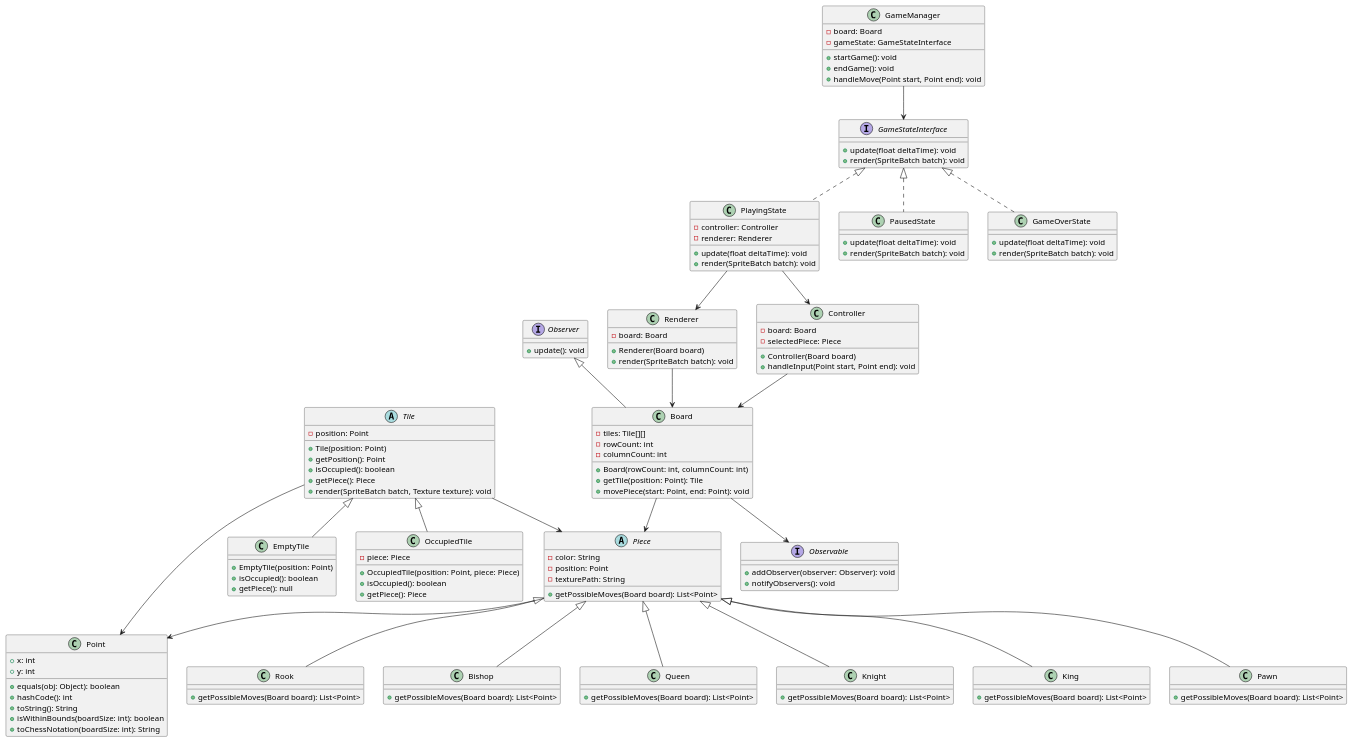
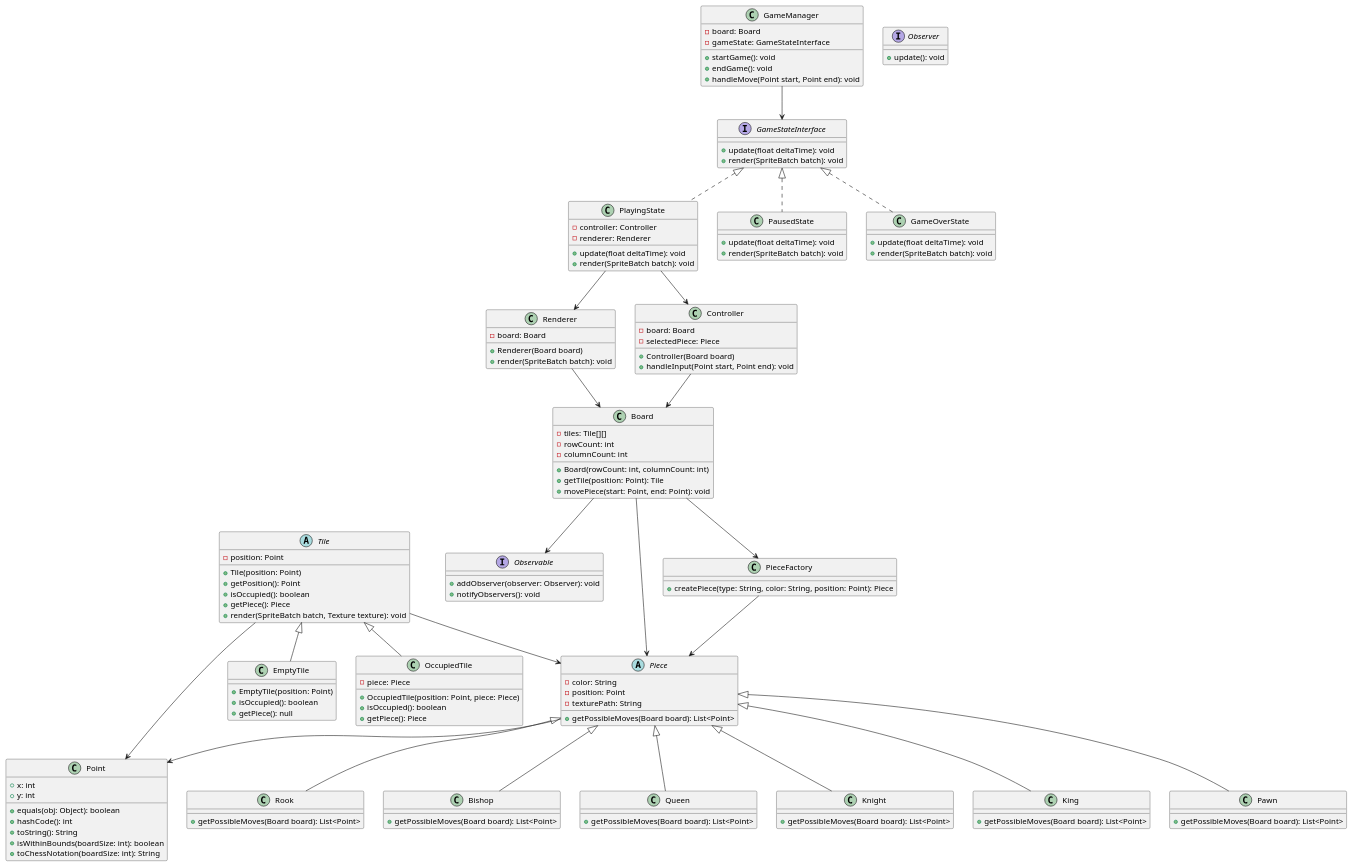
The diagram in UML/SoloChess.puml (TerminalGambit/PCOO-projetfinal), drawn with PlantUML before and after one commit.

Commit message:
images+compressor rm

```diff
--- a/UML/SoloChess.puml
+++ b/UML/SoloChess.puml
@@ -1,141 +1,146 @@
 @startuml
 
 ' Interfaces for Observer Pattern
 interface Observable {
     +addObserver(observer: Observer): void
     +notifyObservers(): void
 }
 
 interface Observer {
     +update(): void
 }
 
 ' Core domain classes
 class Point {
     +x: int
     +y: int
     +equals(obj: Object): boolean
     +hashCode(): int
     +toString(): String
     +isWithinBounds(boardSize: int): boolean
     +toChessNotation(boardSize: int): String
 }
 
 abstract class Tile {
     -position: Point
     +Tile(position: Point)
     +getPosition(): Point
     +isOccupied(): boolean
     +getPiece(): Piece
     +render(SpriteBatch batch, Texture texture): void
 }
 
 class EmptyTile extends Tile {
     +EmptyTile(position: Point)
     +isOccupied(): boolean
     +getPiece(): null
 }
 
 class OccupiedTile extends Tile {
     -piece: Piece
     +OccupiedTile(position: Point, piece: Piece)
     +isOccupied(): boolean
     +getPiece(): Piece
 }
 
 abstract class Piece {
     -color: String
     -position: Point
     -texturePath: String
     +getPossibleMoves(Board board): List<Point>
 }
 
 class Rook extends Piece {
     +getPossibleMoves(Board board): List<Point>
 }
 
 class Bishop extends Piece {
     +getPossibleMoves(Board board): List<Point>
 }
 
 class Queen extends Piece {
     +getPossibleMoves(Board board): List<Point>
 }
 
 class Knight extends Piece {
     +getPossibleMoves(Board board): List<Point>
 }
 
 class King extends Piece {
     +getPossibleMoves(Board board): List<Point>
 }
 
 class Pawn extends Piece {
     +getPossibleMoves(Board board): List<Point>
 }
 
 class Board {
     -tiles: Tile[][]
     -rowCount: int
     -columnCount: int
     +Board(rowCount: int, columnCount: int)
     +getTile(position: Point): Tile
     +movePiece(start: Point, end: Point): void
 }
 
 class Renderer {
     -board: Board
     +Renderer(Board board)
     +render(SpriteBatch batch): void
 }
 
 class Controller {
     -board: Board
     -selectedPiece: Piece
     +Controller(Board board)
     +handleInput(Point start, Point end): void
 }
 
 class GameManager {
     -board: Board
     -gameState: GameStateInterface
     +startGame(): void
     +endGame(): void
     +handleMove(Point start, Point end): void
 }
 
 interface GameStateInterface {
     +update(float deltaTime): void
     +render(SpriteBatch batch): void
 }
 
 class PlayingState implements GameStateInterface {
     -controller: Controller
     -renderer: Renderer
     +update(float deltaTime): void
     +render(SpriteBatch batch): void
 }
 
 class PausedState implements GameStateInterface {
     +update(float deltaTime): void
     +render(SpriteBatch batch): void
 }
 
 class GameOverState implements GameStateInterface {
     +update(float deltaTime): void
     +render(SpriteBatch batch): void
 }
 
+class PieceFactory {
+    +createPiece(type: String, color: String, position: Point): Piece
+}
+
 GameManager --> GameStateInterface
 PlayingState --> Renderer
 PlayingState --> Controller
 Renderer --> Board
 Controller --> Board
 Piece --> Point
 Tile --> Point
 Board --> Piece
 Tile --> Piece
 Board --> Observable
-Observer <|-- Board
+PieceFactory --> Piece
+Board --> PieceFactory
 
 @enduml
```
